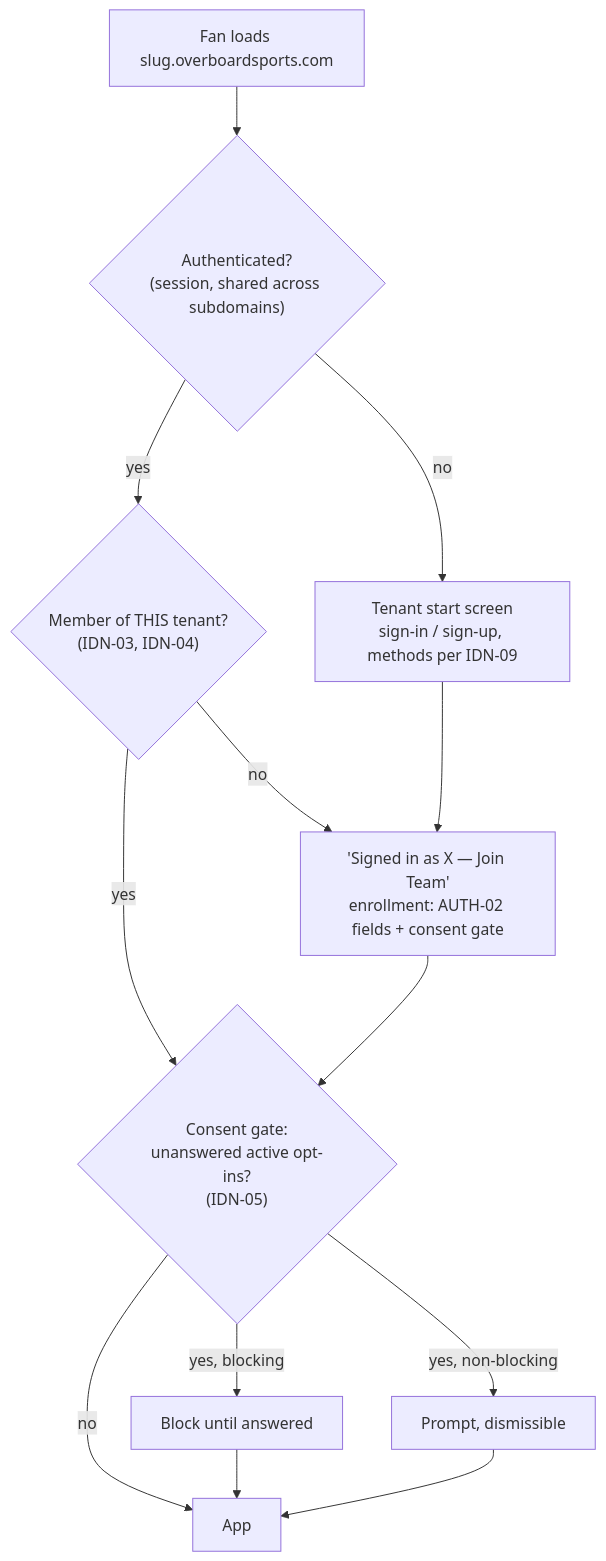
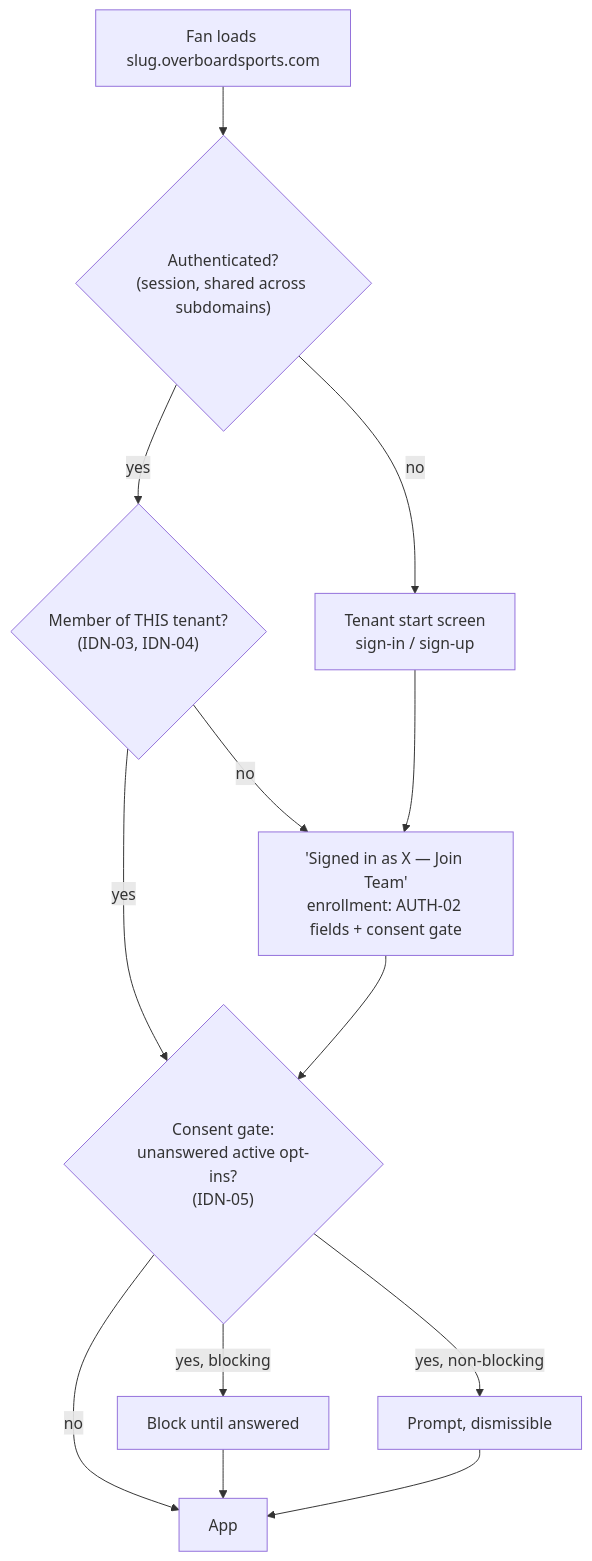
Before and after one commit to everythingparlays/overboard-b2b-documentation: the second of 2 diagrams in documents/HLDs/multi-tenant-identity-auth.md, drawn with Mermaid. The commit also changed other lines of this file, not shown here.

Commit message:
multi-tenant doc v2 completion

````diff
--- a/documents/HLDs/multi-tenant-identity-auth.md
+++ b/documents/HLDs/multi-tenant-identity-auth.md
@@ -132,15 +151,15 @@
 ```mermaid
 flowchart TD
     A["Fan loads slug.overboardsports.com"] --> B{"Authenticated?<br/>(session, shared across subdomains)"}
-    B -- no --> C["Tenant start screen<br/>sign-in / sign-up, methods per IDN-09"]
+    B -- no --> C["Tenant start screen<br/>sign-in / sign-up"]
     B -- yes --> D{"Member of THIS tenant?<br/>(IDN-03, IDN-04)"}
     D -- no --> E["'Signed in as X — Join Team'<br/>enrollment: AUTH-02 fields + consent gate"]
     D -- yes --> F{"Consent gate:<br/>unanswered active opt-ins?<br/>(IDN-05)"}
     F -- "yes, blocking" --> G["Block until answered"]
     F -- "yes, non-blocking" --> H["Prompt, dismissible"]
     F -- no --> I["App"]
     E --> F
     C --> E
     G --> I
     H --> I
 ```
````
